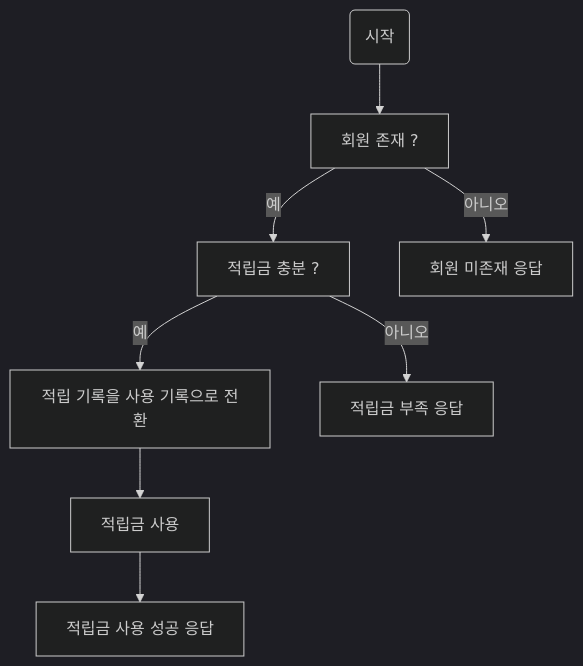
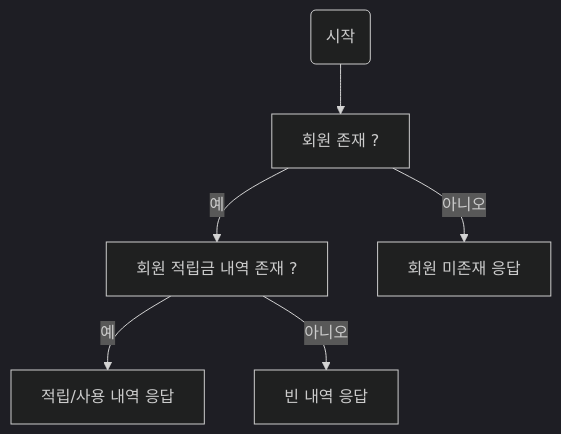
Before and after one commit to MJbae/reserve-management-system: the third of 5 diagrams in README.md, drawn with Mermaid (dark theme).

````diff
--- a/README.md
+++ b/README.md
@@ -73,10 +73,8 @@
     ```mermaid
     graph TB
     시작(시작) --> 회원존재여부[회원 존재 ?]
-    회원존재여부 -->|예| 적립금충분확인[적립금 충분 ?]
+    회원존재여부 -->|예| 거래내역확인[회원 적립금 내역 존재 ?]
     회원존재여부 -->|아니오| 회원미존재예외[회원 미존재 응답]
-    적립금충분확인 -->|예| 적립내역전환[적립 기록을 사용 기록으로 전환]
-    적립금충분확인 -->|아니오| 적립금부족[적립금 부족 응답]
-    적립내역전환 --> 적립금사용[적립금 사용]
-    적립금사용 --> 적립금차감응답[적립금 사용 성공 응답]
+    거래내역확인 -->|예| 거래목록보기[적립/사용 내역 응답]
+    거래내역확인 -->|아니오| 거래내역없음[빈 내역 응답]
     ```
````
